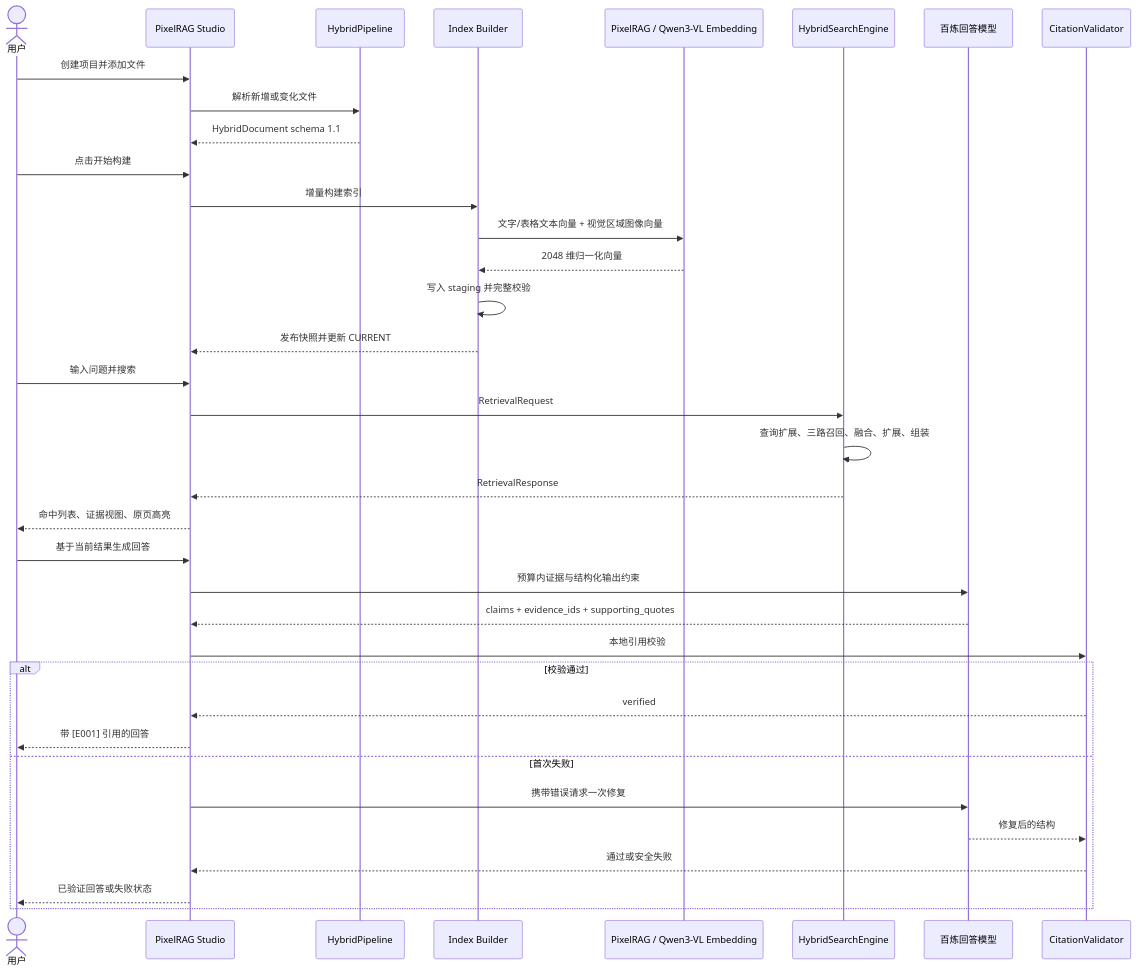
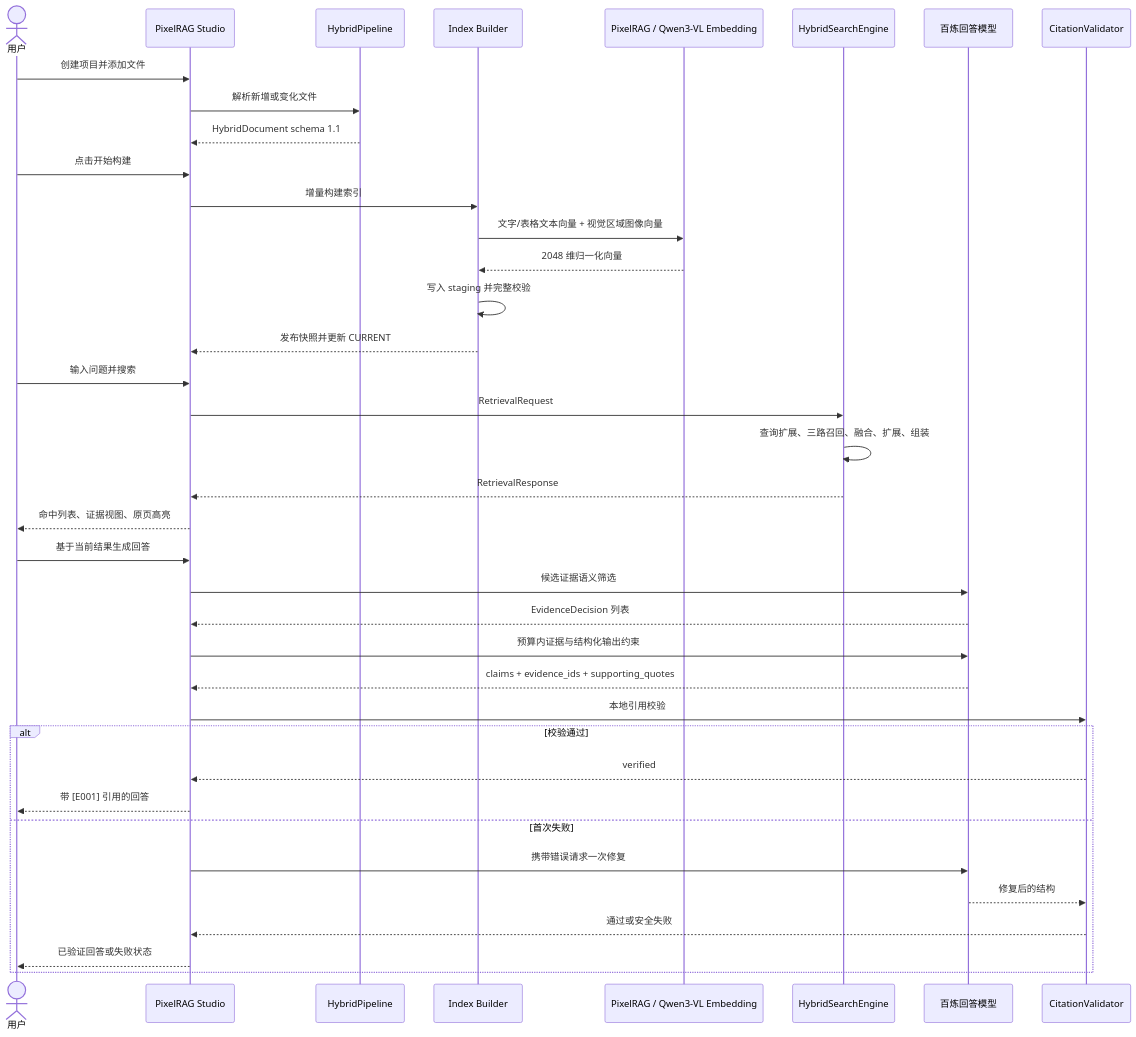
The third of 3 diagrams in RAG系统架构与运行逻辑.md (xyf966/RAG-PIXEL), drawn with Mermaid before and after one commit. The commit also changed other lines of this file and 1 other file, not shown here.

Commit message:
Align handover and architecture documentation

````diff
--- a/RAG系统架构与运行逻辑.md
+++ b/RAG系统架构与运行逻辑.md
@@ -433,39 +433,41 @@
 ```mermaid
 sequenceDiagram
     actor U as 用户
     participant UI as PixelRAG Studio
     participant I as HybridPipeline
     participant X as Index Builder
     participant P as PixelRAG / Qwen3-VL Embedding
     participant R as HybridSearchEngine
     participant B as 百炼回答模型
     participant V as CitationValidator
 
     U->>UI: 创建项目并添加文件
     UI->>I: 解析新增或变化文件
     I-->>UI: HybridDocument schema 1.1
     U->>UI: 点击开始构建
     UI->>X: 增量构建索引
     X->>P: 文字/表格文本向量 + 视觉区域图像向量
     P-->>X: 2048 维归一化向量
     X->>X: 写入 staging 并完整校验
     X-->>UI: 发布快照并更新 CURRENT
     U->>UI: 输入问题并搜索
     UI->>R: RetrievalRequest
     R->>R: 查询扩展、三路召回、融合、扩展、组装
     R-->>UI: RetrievalResponse
     UI-->>U: 命中列表、证据视图、原页高亮
     U->>UI: 基于当前结果生成回答
+    UI->>B: 候选证据语义筛选
+    B-->>UI: EvidenceDecision 列表
     UI->>B: 预算内证据与结构化输出约束
     B-->>UI: claims + evidence_ids + supporting_quotes
     UI->>V: 本地引用校验
     alt 校验通过
         V-->>UI: verified
         UI-->>U: 带 [E001] 引用的回答
     else 首次失败
         UI->>B: 携带错误请求一次修复
         B-->>V: 修复后的结构
         V-->>UI: 通过或安全失败
         UI-->>U: 已验证回答或失败状态
     end
 ```
````
